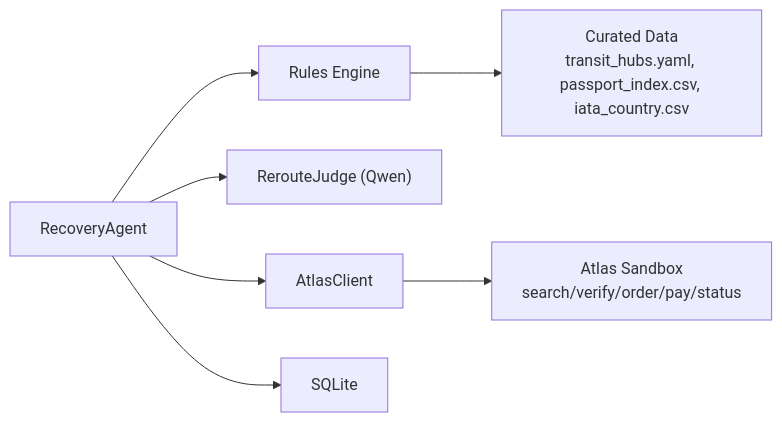
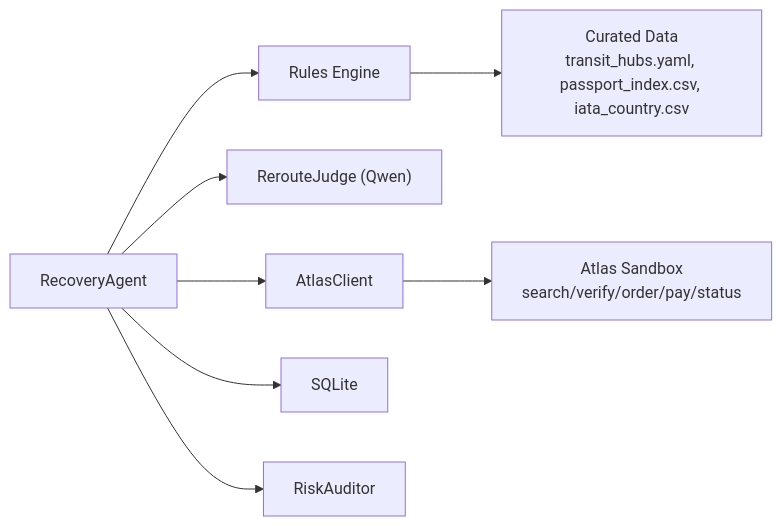
Before and after one commit to jaydonnnk/waypoint: the fourth of 4 diagrams in .qoder/repowiki/en/content/Security & Safety/Security & Safety.md, drawn with Mermaid. The commit also changed other lines of this file and 36 other files, not shown here.

````diff
--- a/.qoder/repowiki/en/content/Security & Safety/Security & Safety.md
+++ b/.qoder/repowiki/en/content/Security & Safety/Security & Safety.md
@@ -235,9 +280,10 @@
 ```mermaid
 graph LR
 Agent["RecoveryAgent"] --> Rules["Rules Engine"]
 Agent --> Judge["RerouteJudge (Qwen)"]
 Agent --> Atlas["AtlasClient"]
 Agent --> DB["SQLite"]
+Agent --> Auditor["RiskAuditor"]
 Rules --> Data["Curated Data<br/>transit_hubs.yaml, passport_index.csv, iata_country.csv"]
 Atlas --> External["Atlas Sandbox<br/>search/verify/order/pay/status"]
 ```
````
